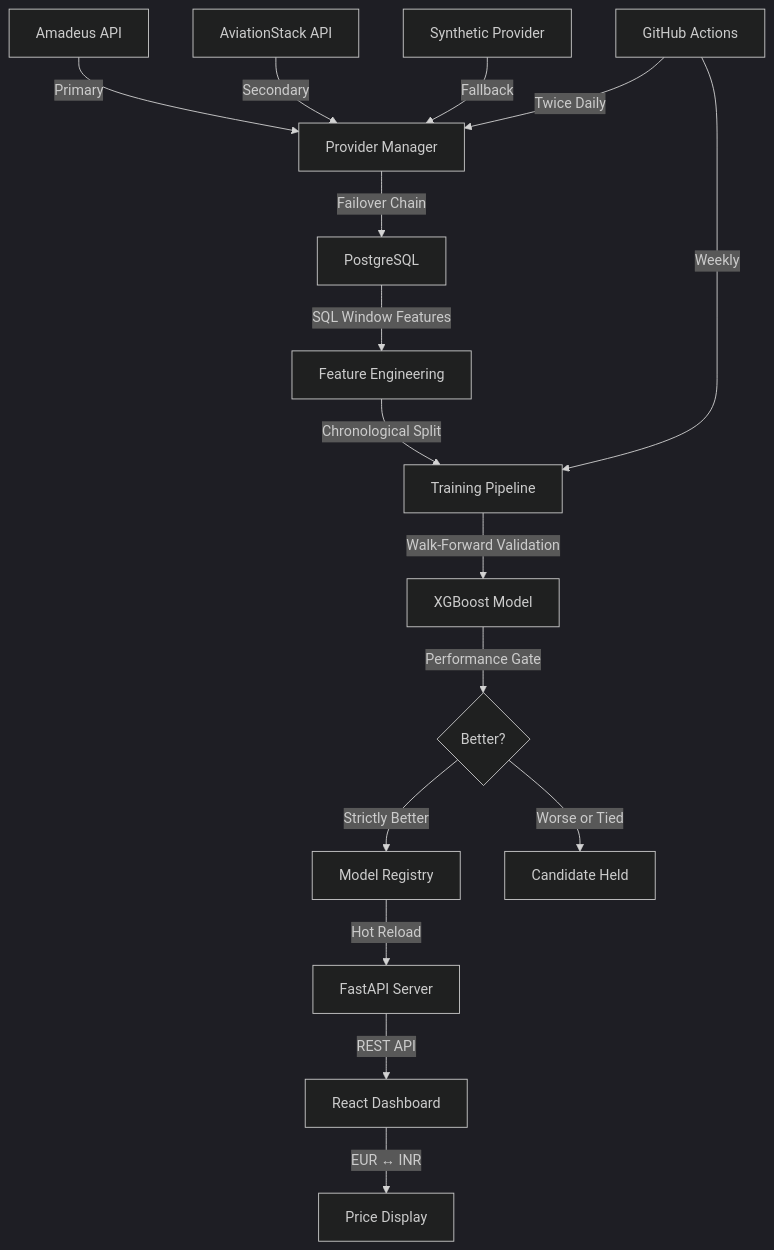
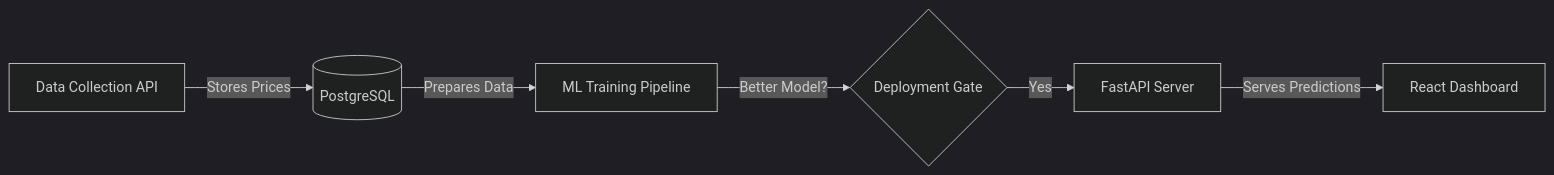
Before and after one commit to Dheeraj-reddy-palle/iFly: the diagram in README.md, drawn with Mermaid (dark theme). The commit also changed other lines of this file, not shown here.

````diff
--- a/README.md
+++ b/README.md
@@ -52,19 +28,8 @@
 ```mermaid
-graph TD
-    A1[Amadeus API] -->|Primary| PM[Provider Manager]
-    A2[AviationStack API] -->|Secondary| PM
-    A3[Synthetic Provider] -->|Fallback| PM
-    PM -->|Failover Chain| B[PostgreSQL]
-    B -->|SQL Window Features| C[Feature Engineering]
-    C -->|Chronological Split| D[Training Pipeline]
-    D -->|Walk-Forward Validation| E[XGBoost Model]
-    E -->|Performance Gate| F{Better?}
-    F -->|Strictly Better| G[Model Registry]
-    F -->|Worse or Tied| H[Candidate Held]
-    G -->|Hot Reload| I[FastAPI Server]
-    I -->|REST API| J[React Dashboard]
-    J -->|EUR ↔ INR| K[Price Display]
-    
-    L[GitHub Actions] -->|Weekly| D
-    L -->|Twice Daily| PM
+graph LR
+    Data[Data Collection API] --> |Stores Prices| DB[(PostgreSQL)]
+    DB --> |Prepares Data| ML[ML Training Pipeline]
+    ML --> |Better Model?| Gate{Deployment Gate}
+    Gate --> |Yes| API[FastAPI Server]
+    API --> |Serves Predictions| UI[React Dashboard]
 ```
````
